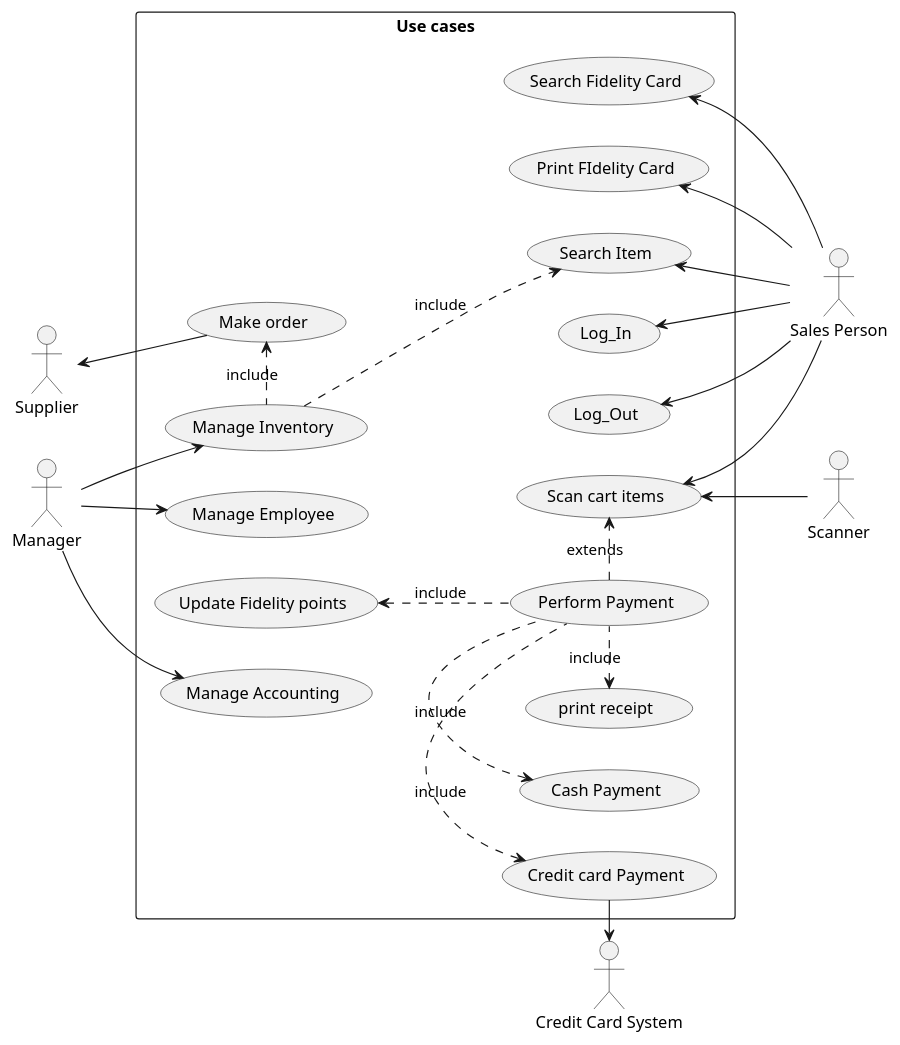
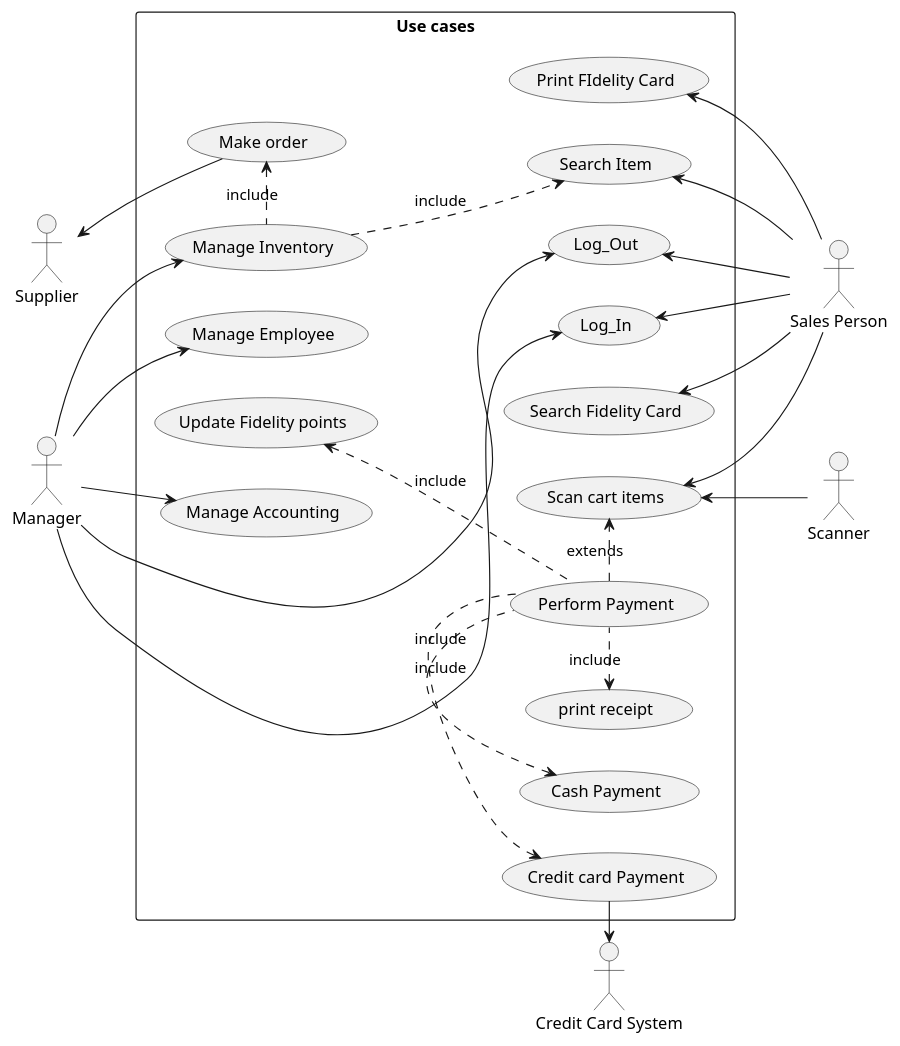
Before and after one commit to zitabou/EZShop: the second of 5 diagrams in Deliverables/RequirementsDocument.md, drawn with PlantUML. The commit also changed other lines of this file, not shown here.

Commit message:
Update RequirementsDocument.md (Stories, Authors, Use_case)

```diff
--- a/Deliverables/RequirementsDocument.md
+++ b/Deliverables/RequirementsDocument.md
@@ -200,11 +200,15 @@
 left to right direction
 actor Manager as m
 actor :Sales Person: as sp
-actor "Credit Card System" as ccs
-actor "Supplier" as sup
-actor "Scanner" as scanner
+actor :Credit Card System: as ccs
+actor Supplier as sup
+actor Scanner as scanner
 
 rectangle "Use cases"{
+
+usecase "Log_In" as li
+usecase "Log_Out" as lo
+
 usecase "Manage Inventory" as mi
 usecase "Manage Employee" as me
 usecase "Make order" as mo
@@ -214,22 +218,23 @@
 usecase "Credit card Payment" as cc
 usecase "Cash Payment" as cash
 
+
 usecase "Search Item" as si
 usecase "Scan cart items" as scan
 usecase "print receipt" as pr
-usecase "Log_In" as li
-usecase "Log_Out" as lo
 usecase "Print FIdelity Card" as pfc
 usecase "Update Fidelity points" as ufp
 usecase "Search Fidelity Card" as sfc
 
 
 
+
+
 mi -[hidden]down- si
 mo -[hidden]right- mi
 
-si -[hidden]left- li
-li -[hidden]left- lo
+si -[hidden]right- li
+li -[hidden]right- lo
 
 cc -[hidden]right- cash
 pp -[hidden]up- mi
@@ -240,12 +245,17 @@
 pfc -[hidden]left- si
 ufp -[hidden]right- me
 sfc -[hidden]left- pfc
+
+me -[hidden]down- pp
+
 }
 
 
 m --> mi
 m --> me
 m --> ma
+m -> li
+m -> lo
 
 
 sp-up->si
@@ -258,7 +268,7 @@
 scanner -up-> scan
 
 mo -> sup
-me -[hidden]down- pp
+
 
 cc -left-> ccs
 
```
